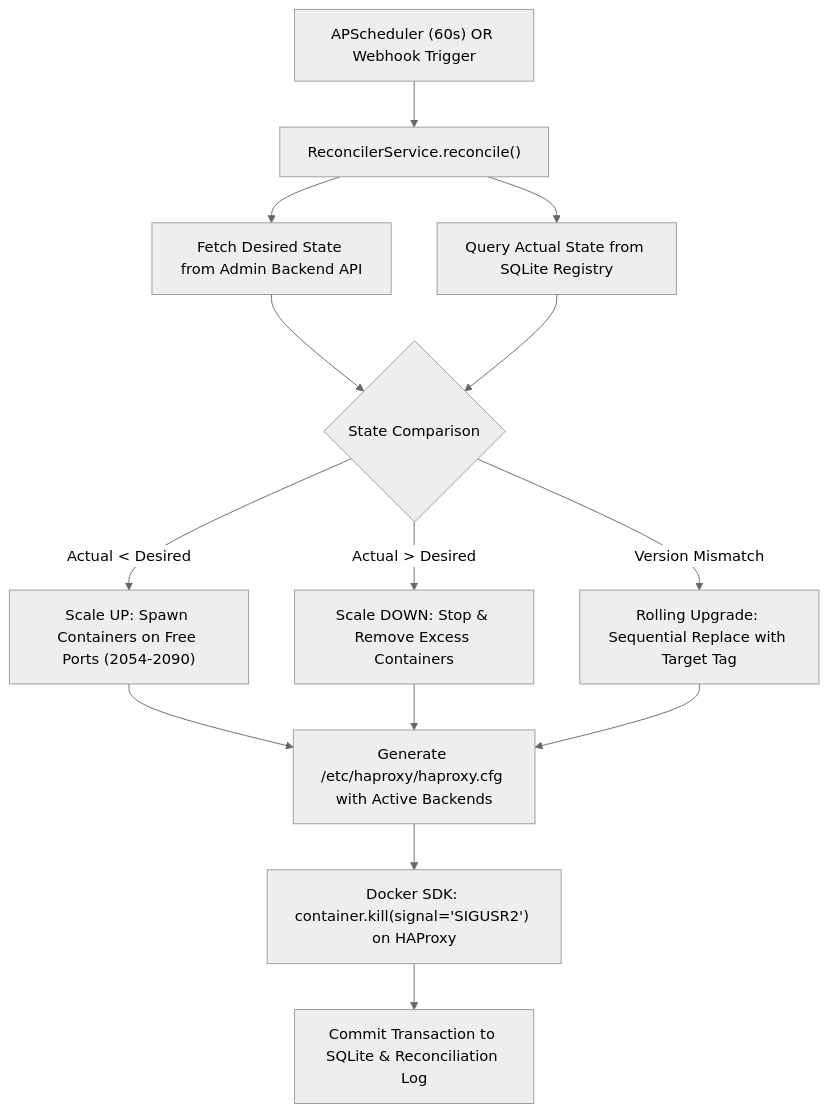
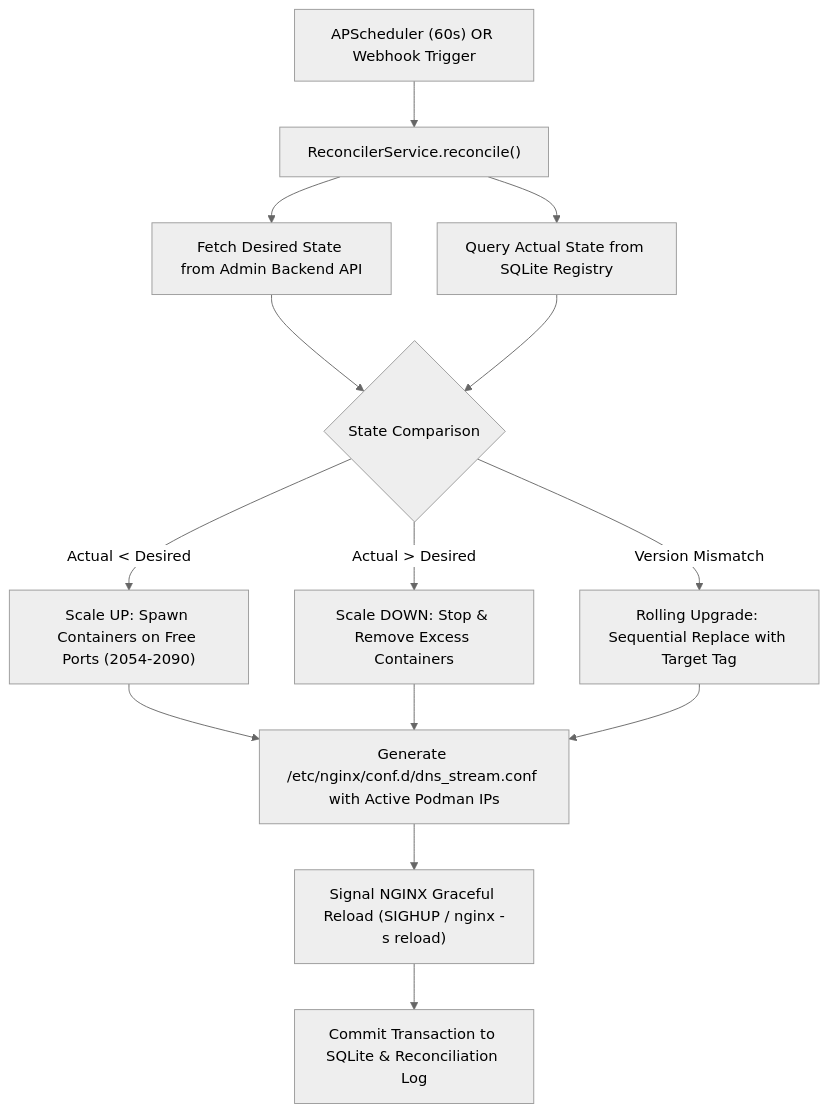
Before and after one commit to ikaushikpal/dnsfilt: the diagram in dnsfilt-orchestrator/README.md, drawn with Mermaid (neutral theme). The commit also changed other lines of this file and 8 other files, not shown here.

````diff
--- a/dnsfilt-orchestrator/README.md
+++ b/dnsfilt-orchestrator/README.md
@@ -37,16 +37,16 @@
 ```mermaid
 flowchart TD
     A["APScheduler (60s) OR Webhook Trigger"] --> B["ReconcilerService.reconcile()"]
     B --> C["Fetch Desired State from Admin Backend API"]
     B --> D["Query Actual State from SQLite Registry"]
     
     C & D --> E{"State Comparison"}
     
     E -->|"Actual < Desired"| F["Scale UP: Spawn Containers on Free Ports (2054-2090)"]
     E -->|"Actual > Desired"| G["Scale DOWN: Stop & Remove Excess Containers"]
     E -->|"Version Mismatch"| H["Rolling Upgrade: Sequential Replace with Target Tag"]
     
-    F & G & H --> I["Generate /etc/haproxy/haproxy.cfg with Active Backends"]
-    I --> J["Docker SDK: container.kill(signal='SIGUSR2') on HAProxy"]
+    F & G & H --> I["Generate /etc/nginx/conf.d/dns_stream.conf with Active Podman IPs"]
+    I --> J["Signal NGINX Graceful Reload (SIGHUP / nginx -s reload)"]
     J --> K["Commit Transaction to SQLite & Reconciliation Log"]
 ```
````
